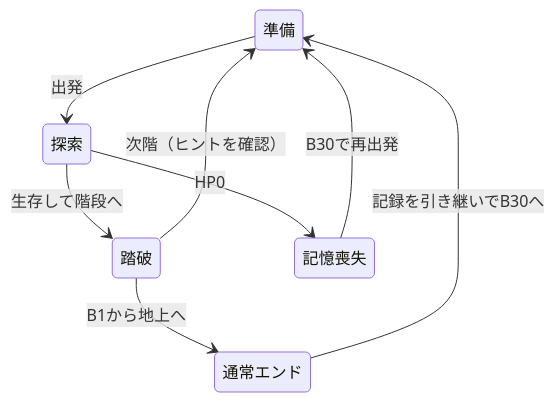
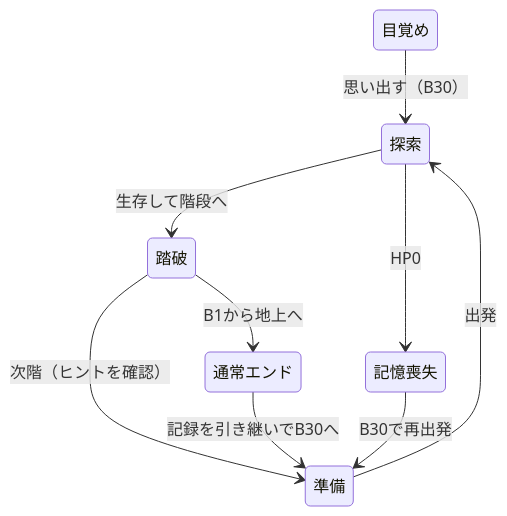
The diagram in SYSTEM_DESIGN.md (spf33yk/Auto-Dungeon-RPG), drawn with Mermaid before and after one commit. The commit also changed other lines of this file and 14 other files, not shown here.

````diff
--- a/SYSTEM_DESIGN.md
+++ b/SYSTEM_DESIGN.md
@@ -21,10 +22,11 @@
 ```mermaid
 stateDiagram-v2
+    目覚め --> 探索: 思い出す（B30）
     準備 --> 探索: 出発
     探索 --> 踏破: 生存して階段へ
     探索 --> 記憶喪失: HP0
     踏破 --> 準備: 次階（ヒントを確認）
     踏破 --> 通常エンド: B1から地上へ
     記憶喪失 --> 準備: B30で再出発
     通常エンド --> 準備: 記録を引き継いでB30へ
 ```
````
